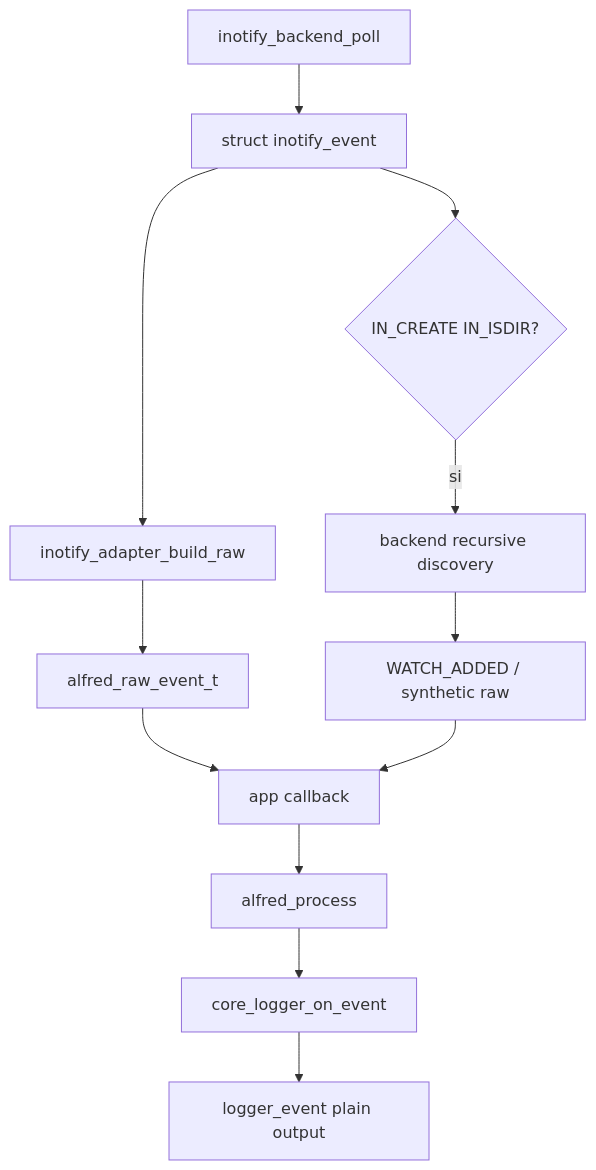
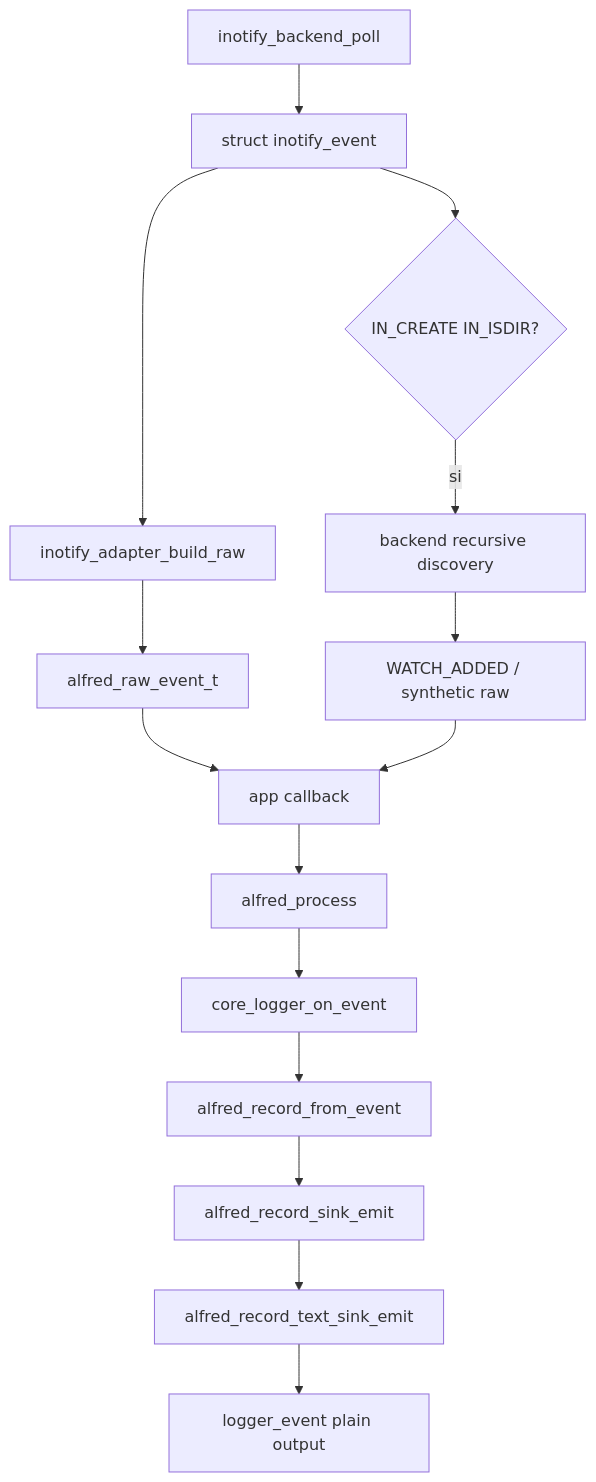
The third of 3 diagrams in docs/it/07-flusso-eventi.md (kinderp/alfred), drawn with Mermaid before and after one commit. The commit also changed 7 other files, not shown here.

````diff
--- a/docs/it/07-flusso-eventi.md
+++ b/docs/it/07-flusso-eventi.md
@@ -64,14 +64,17 @@
 ```mermaid
 flowchart TD
     A[inotify_backend_poll] --> B[struct inotify_event]
     B --> C[inotify_adapter_build_raw]
     C --> D[alfred_raw_event_t]
     D --> E[app callback]
     E --> F[alfred_process]
     F --> G[core_logger_on_event]
-    G --> H[logger_event plain output]
+    G --> H[alfred_record_from_event]
+    H --> I2[alfred_record_sink_emit]
+    I2 --> L[alfred_record_text_sink_emit]
+    L --> M[logger_event plain output]
     B --> I{IN_CREATE IN_ISDIR?}
     I -->|si| J[backend recursive discovery]
     J --> K[WATCH_ADDED / synthetic raw]
     K --> E
 ```
````
